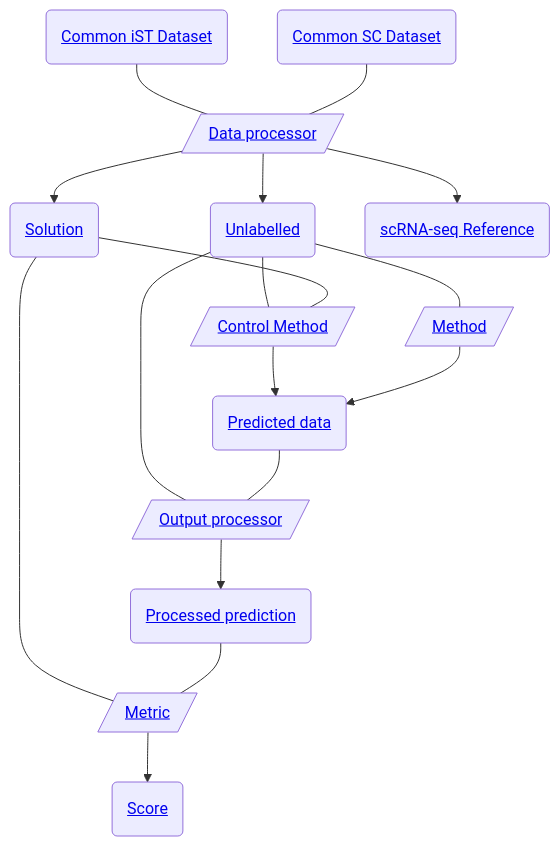
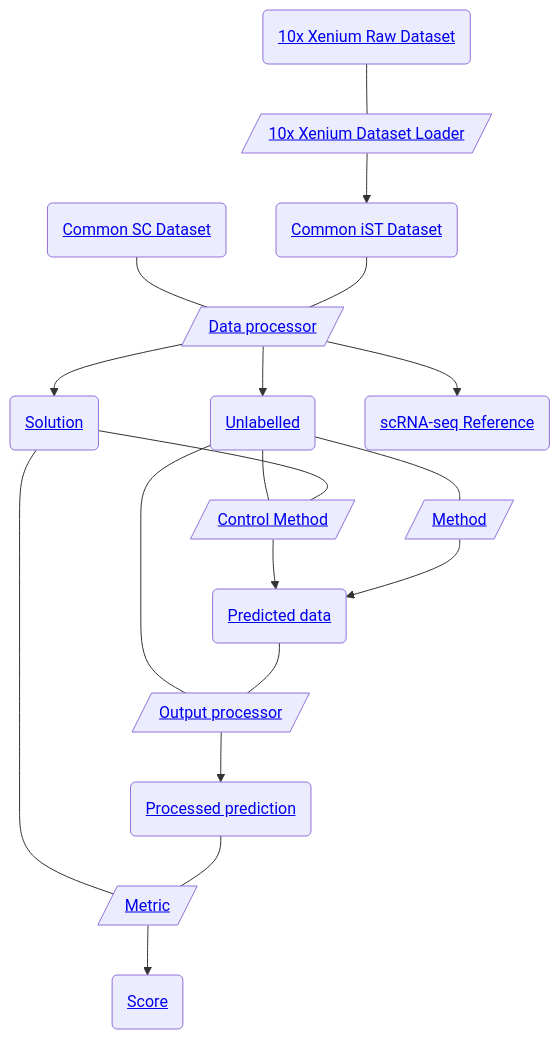
Before and after one commit to openproblems-bio/task_spatial_segmentation: the diagram in README.md, drawn with Mermaid. The commit also changed other lines of this file, not shown here.

````diff
--- a/README.md
+++ b/README.md
@@ -39,32 +39,36 @@
 ``` mermaid
 flowchart TB
-  file_common_ist("<a href='https://github.com/openproblems-bio/task_spatial_segmentation#file-format-common-ist-dataset'>Common iST Dataset</a>")
+  file_common_scrnaseq("<a href='https://github.com/openproblems-bio/task_spatial_segmentation#file-format-common-sc-dataset'>Common SC Dataset</a>")
   comp_data_processor[/"<a href='https://github.com/openproblems-bio/task_spatial_segmentation#component-type-data-processor'>Data processor</a>"/]
   file_spatial_unlabelled("<a href='https://github.com/openproblems-bio/task_spatial_segmentation#file-format-unlabelled'>Unlabelled</a>")
   file_spatial_solution("<a href='https://github.com/openproblems-bio/task_spatial_segmentation#file-format-solution'>Solution</a>")
   file_scrnaseq_reference("<a href='https://github.com/openproblems-bio/task_spatial_segmentation#file-format-scrna-seq-reference'>scRNA-seq Reference</a>")
   comp_control_method[/"<a href='https://github.com/openproblems-bio/task_spatial_segmentation#component-type-control-method'>Control Method</a>"/]
   comp_method[/"<a href='https://github.com/openproblems-bio/task_spatial_segmentation#component-type-method'>Method</a>"/]
   comp_output_processor[/"<a href='https://github.com/openproblems-bio/task_spatial_segmentation#component-type-output-processor'>Output processor</a>"/]
   comp_metric[/"<a href='https://github.com/openproblems-bio/task_spatial_segmentation#component-type-metric'>Metric</a>"/]
   file_prediction("<a href='https://github.com/openproblems-bio/task_spatial_segmentation#file-format-predicted-data'>Predicted data</a>")
   file_processed_prediction("<a href='https://github.com/openproblems-bio/task_spatial_segmentation#file-format-processed-prediction'>Processed prediction</a>")
   file_score("<a href='https://github.com/openproblems-bio/task_spatial_segmentation#file-format-score'>Score</a>")
-  file_common_scrnaseq("<a href='https://github.com/openproblems-bio/task_spatial_segmentation#file-format-common-sc-dataset'>Common SC Dataset</a>")
-  file_common_ist---comp_data_processor
+  file_common_ist("<a href='https://github.com/openproblems-bio/task_spatial_segmentation#file-format-common-ist-dataset'>Common iST Dataset</a>")
+  file_tenx_xenium("<a href='https://github.com/openproblems-bio/task_spatial_segmentation#file-format-10x-xenium-raw-dataset'>10x Xenium Raw Dataset</a>")
+  comp_dataset_loader_tenx_xenium[/"<a href='https://github.com/openproblems-bio/task_spatial_segmentation#component-type-10x-xenium-dataset-loader'>10x Xenium Dataset Loader</a>"/]
+  file_common_scrnaseq---comp_data_processor
   comp_data_processor-->file_spatial_unlabelled
   comp_data_processor-->file_spatial_solution
   comp_data_processor-->file_scrnaseq_reference
   file_spatial_unlabelled---comp_control_method
   file_spatial_unlabelled---comp_method
   file_spatial_unlabelled---comp_output_processor
   file_spatial_solution---comp_control_method
   file_spatial_solution---comp_metric
   comp_control_method-->file_prediction
   comp_method-->file_prediction
   comp_output_processor-->file_processed_prediction
   comp_metric-->file_score
   file_prediction---comp_output_processor
   file_processed_prediction---comp_metric
-  file_common_scrnaseq---comp_data_processor
+  file_common_ist---comp_data_processor
+  file_tenx_xenium---comp_dataset_loader_tenx_xenium
+  comp_dataset_loader_tenx_xenium-->file_common_ist
 ```
````
